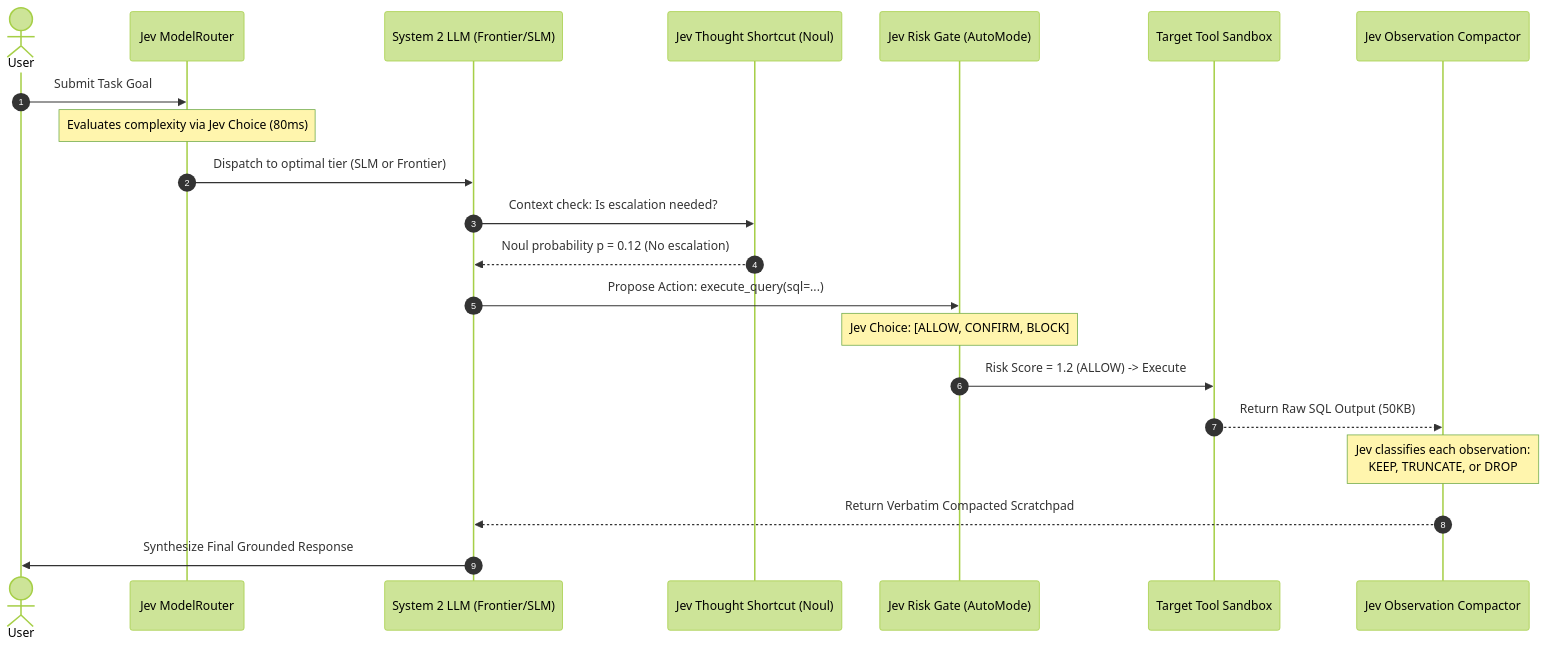
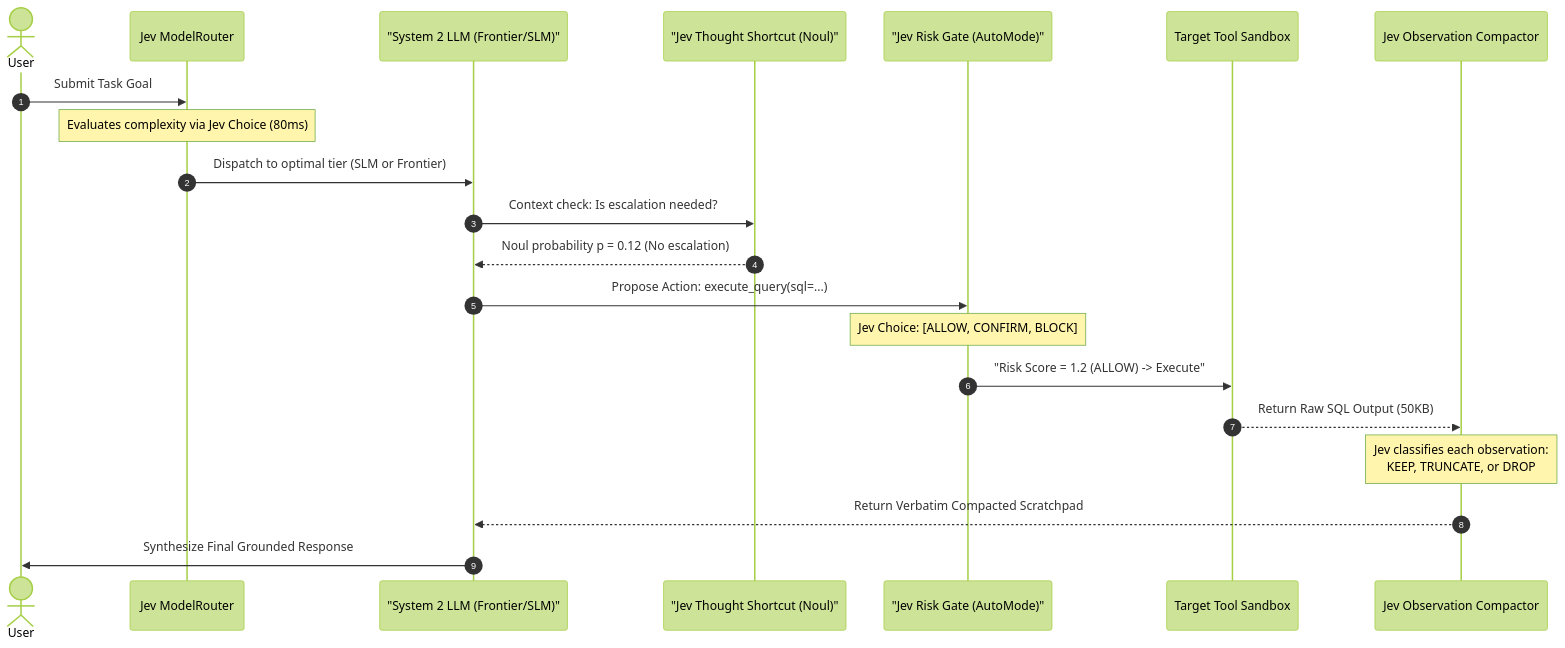
One commit to prethiv/Agentic-AI-Case-studies changed the second of 6 diagrams in case-studies/10-jev-structured-react-systems/README.md. Above: the diagram before and after it, drawn with Mermaid (forest theme). The commit also changed other lines of this file and 12 other files, not shown here.

Commit message:
fix(mermaid): resolve syntax errors under Mermaid 11.17.2 and add diagram integrity unit tests

````diff
--- a/case-studies/10-jev-structured-react-systems/README.md
+++ b/case-studies/10-jev-structured-react-systems/README.md
@@ -173,27 +173,27 @@
 ```mermaid
 sequenceDiagram
     autonumber
     actor User
     participant Router as Jev ModelRouter
-    participant LLM as System 2 LLM (Frontier/SLM)
-    participant Triage as Jev Thought Shortcut (Noul)
-    participant Gate as Jev Risk Gate (AutoMode)
+    participant LLM as "System 2 LLM (Frontier/SLM)"
+    participant Triage as "Jev Thought Shortcut (Noul)"
+    participant Gate as "Jev Risk Gate (AutoMode)"
     participant Tool as Target Tool Sandbox
     participant Compactor as Jev Observation Compactor
 
     User->>Router: Submit Task Goal
     Note over Router: Evaluates complexity via Jev Choice (80ms)
     Router->>LLM: Dispatch to optimal tier (SLM or Frontier)
     
     LLM->>Triage: Context check: Is escalation needed?
     Triage-->>LLM: Noul probability p = 0.12 (No escalation)
     
     LLM->>Gate: Propose Action: execute_query(sql=...)
     Note over Gate: Jev Choice: [ALLOW, CONFIRM, BLOCK]
-    Gate->>Tool: Risk Score = 1.2 (ALLOW) -> Execute
+    Gate->>Tool: "Risk Score = 1.2 (ALLOW) -> Execute"
     Tool-->>Compactor: Return Raw SQL Output (50KB)
     
     Note over Compactor: Jev classifies each observation:<br/>KEEP, TRUNCATE, or DROP
     Compactor-->>LLM: Return Verbatim Compacted Scratchpad
     LLM->>User: Synthesize Final Grounded Response
 ```
````
